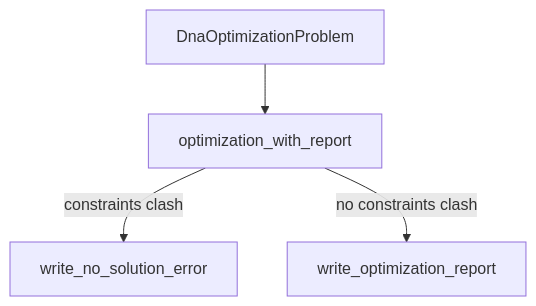
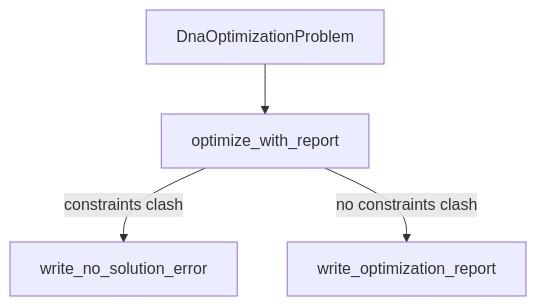
The diagram in docs/ref/reports.rst (Edinburgh-Genome-Foundry/DnaChisel), drawn with Mermaid before and after one commit. The commit also changed 35 other files, not shown here.

```diff
--- a/docs/ref/reports.rst
+++ b/docs/ref/reports.rst
@@ -4,7 +4,7 @@
 .. mermaid::
    :align: center
 
    graph TD;
-      D[DnaOptimizationProblem] --> o[optimization_with_report] 
+      D[DnaOptimizationProblem] --> o[optimize_with_report] 
       o -->|constraints clash| N[write_no_solution_error]
       o -->|no constraints clash| W[write_optimization_report]
```
